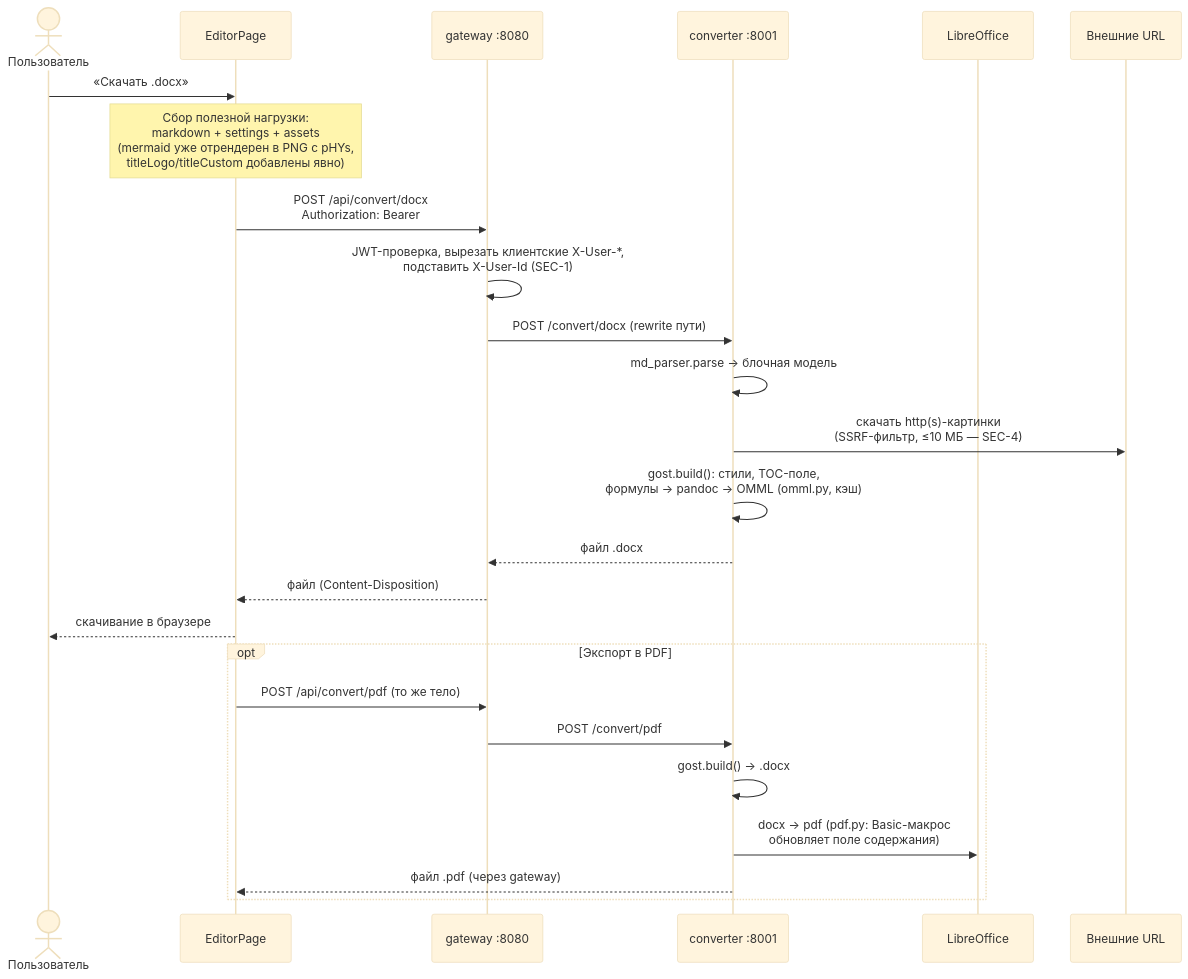
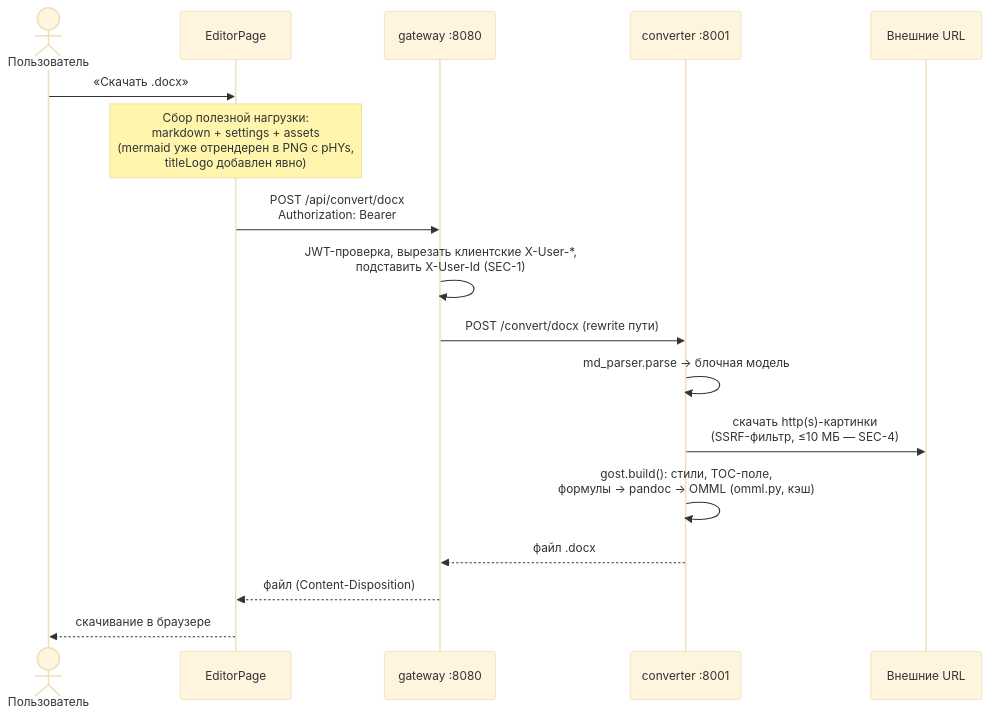
The diagram in docs/architecture/flows/docx-export.md (alexdarenkov/CourseWorkMaker), drawn with Mermaid (base theme) before and after one commit. The commit also changed other lines of this file and 67 other files, not shown here.

````diff
--- a/docs/architecture/flows/docx-export.md
+++ b/docs/architecture/flows/docx-export.md
@@ -7,29 +7,20 @@
 ```mermaid
 sequenceDiagram
   actor U as Пользователь
   participant E as EditorPage
   participant G as gateway :8080
   participant C as converter :8001
-  participant LO as LibreOffice
   participant Ext as Внешние URL
 
   U->>E: «Скачать .docx»
-  Note over E: Сбор полезной нагрузки:<br/>markdown + settings + assets<br/>(mermaid уже отрендерен в PNG c pHYs,<br/>titleLogo/titleCustom добавлены явно)
+  Note over E: Сбор полезной нагрузки:<br/>markdown + settings + assets<br/>(mermaid уже отрендерен в PNG c pHYs,<br/>titleLogo добавлен явно)
   E->>G: POST /api/convert/docx<br/>Authorization: Bearer
   G->>G: JWT-проверка, вырезать клиентские X-User-*,<br/>подставить X-User-Id (SEC-1)
   G->>C: POST /convert/docx (rewrite пути)
   C->>C: md_parser.parse → блочная модель
   C->>Ext: скачать http(s)-картинки<br/>(SSRF-фильтр, ≤10 МБ — SEC-4)
   C->>C: gost.build(): стили, TOC-поле,<br/>формулы → pandoc → OMML (omml.py, кэш)
   C-->>G: файл .docx
   G-->>E: файл (Content-Disposition)
   E-->>U: скачивание в браузере
-
-  opt Экспорт в PDF
-    E->>G: POST /api/convert/pdf (то же тело)
-    G->>C: POST /convert/pdf
-    C->>C: gost.build() → .docx
-    C->>LO: docx → pdf (pdf.py: Basic-макрос<br/>обновляет поле содержания)
-    C-->>E: файл .pdf (через gateway)
-  end
 ```
````
